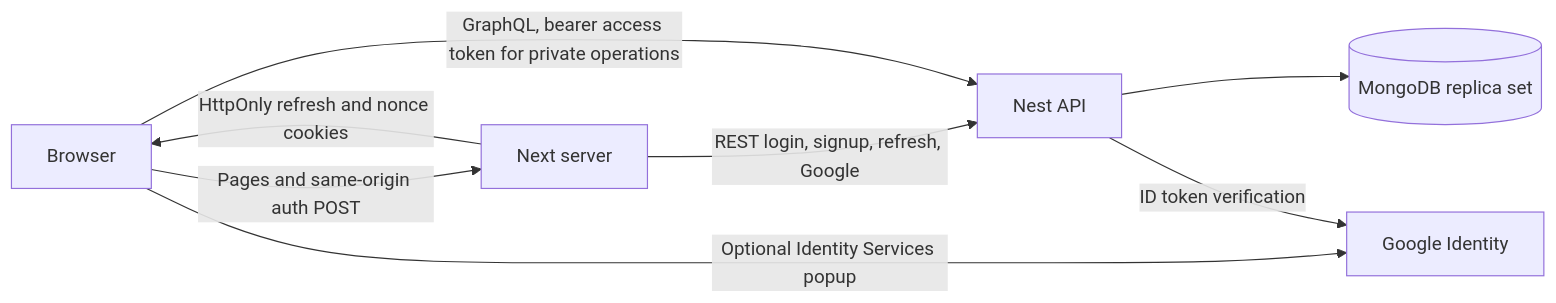
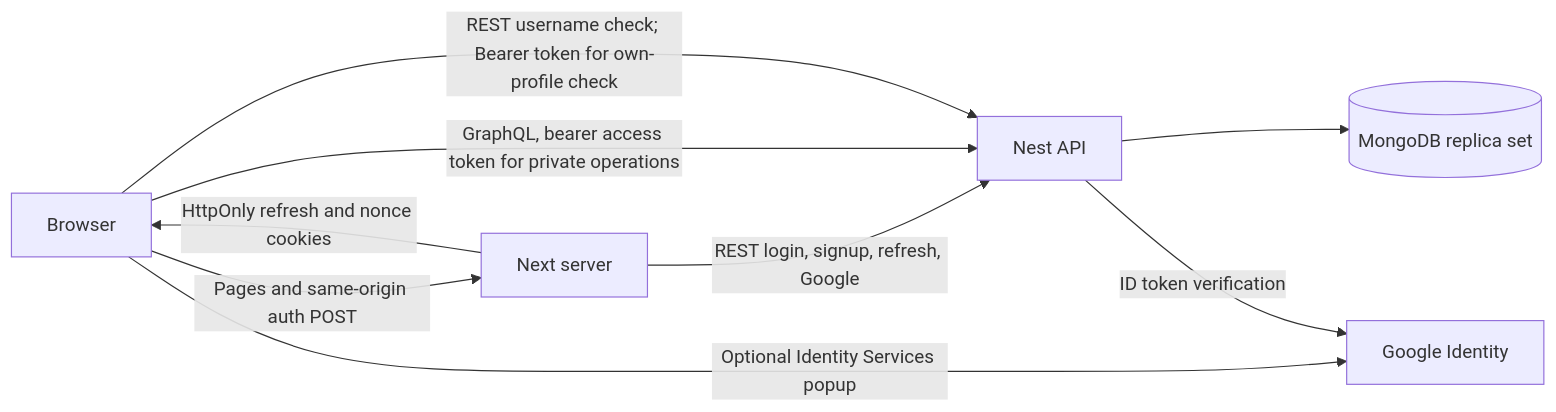
The second of 2 diagrams in docs/architecture/architecture-next.md (aaronkr-2026-2/cbnu-soft-eng-software-engineering-project-group-1), drawn with Mermaid before and after one commit. The commit also changed other lines of this file and 17 other files, not shown here.

````diff
--- a/docs/architecture/architecture-next.md
+++ b/docs/architecture/architecture-next.md
@@ -46,10 +46,11 @@
 ```mermaid
 flowchart LR
   Browser[Browser] -->|Pages and same-origin auth POST| Next[Next server]
   Next -->|HttpOnly refresh and nonce cookies| Browser
   Next -->|REST login, signup, refresh, Google| API[Nest API]
   Browser -->|GraphQL, bearer access token for private operations| API
+  Browser -->|REST username check; Bearer token for own-profile check| API
   API --> DB[(MongoDB replica set)]
   Browser -->|Optional Identity Services popup| Google[Google Identity]
   API -->|ID token verification| Google
 ```
````
